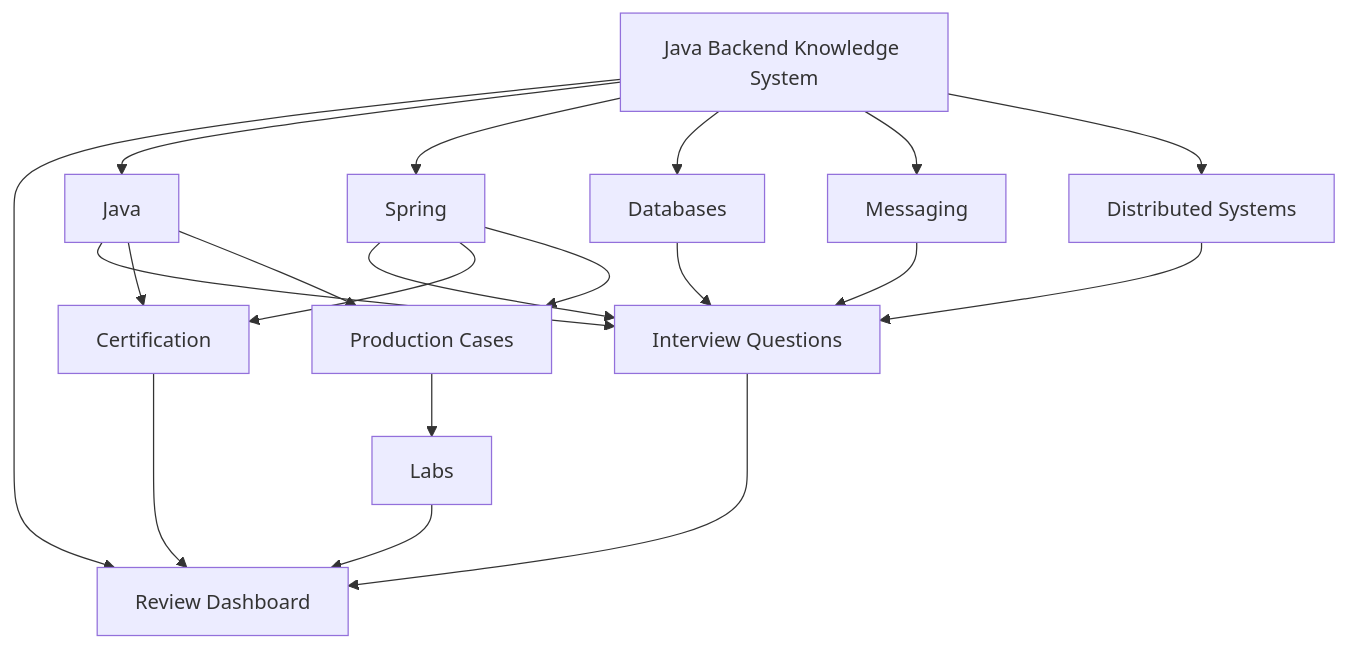
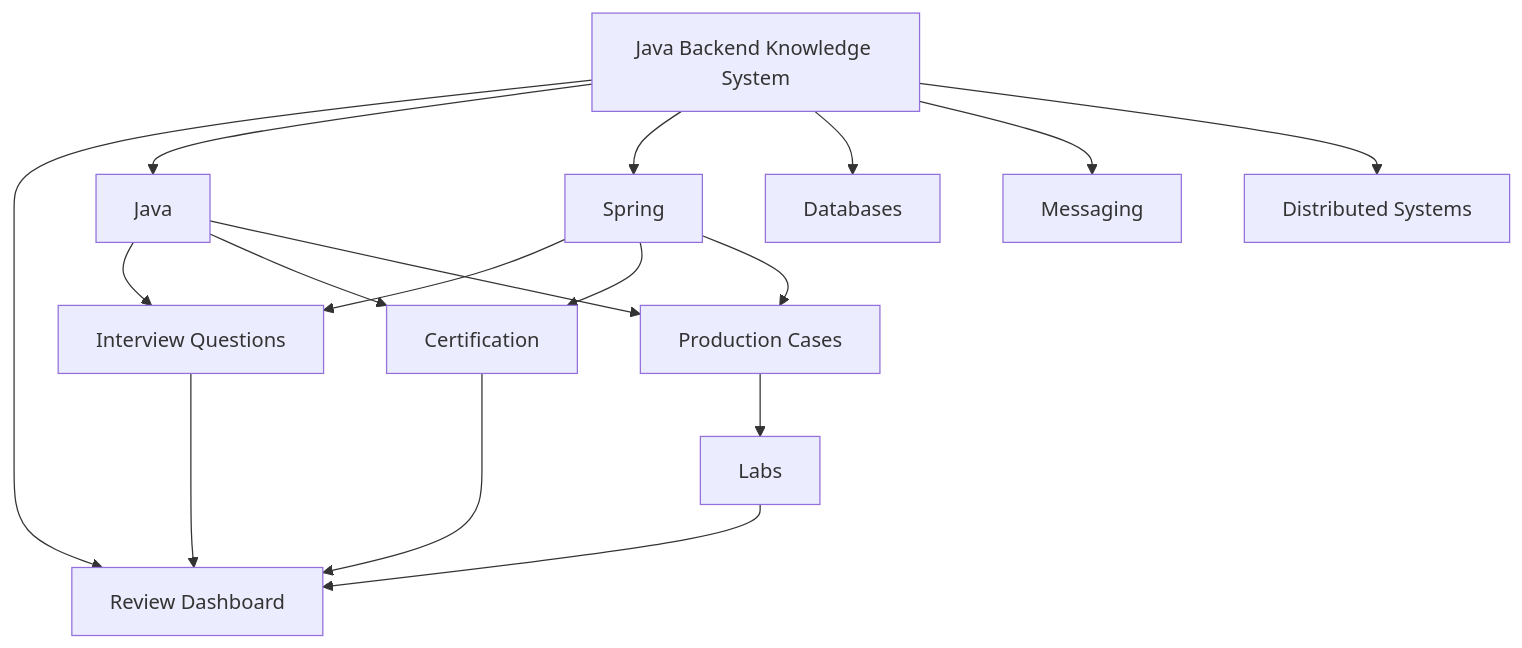
The first of 3 diagrams in 00_HOME/Java Backend Knowledge System.md (alimbetov/obsidian), drawn with Mermaid before and after one commit. The commit also changed other lines of this file, not shown here.

````diff
--- a/00_HOME/Java Backend Knowledge System.md
+++ b/00_HOME/Java Backend Knowledge System.md
@@ -23,23 +23,20 @@
 ```mermaid
 flowchart TD
     HOME[Java Backend Knowledge System]
     HOME --> REVIEW[Review Dashboard]
     HOME --> JAVA[Java]
     HOME --> SPRING[Spring]
     HOME --> DB[Databases]
     HOME --> MSG[Messaging]
     HOME --> DS[Distributed Systems]
     JAVA --> IQ[Interview Questions]
     SPRING --> IQ
-    DB --> IQ
-    MSG --> IQ
-    DS --> IQ
     JAVA --> CERT[Certification]
     SPRING --> CERT
     SPRING --> CASES[Production Cases]
     JAVA --> CASES
     CASES --> LABS[Labs]
     IQ --> REVIEW
     CERT --> REVIEW
     LABS --> REVIEW
 ```
````
